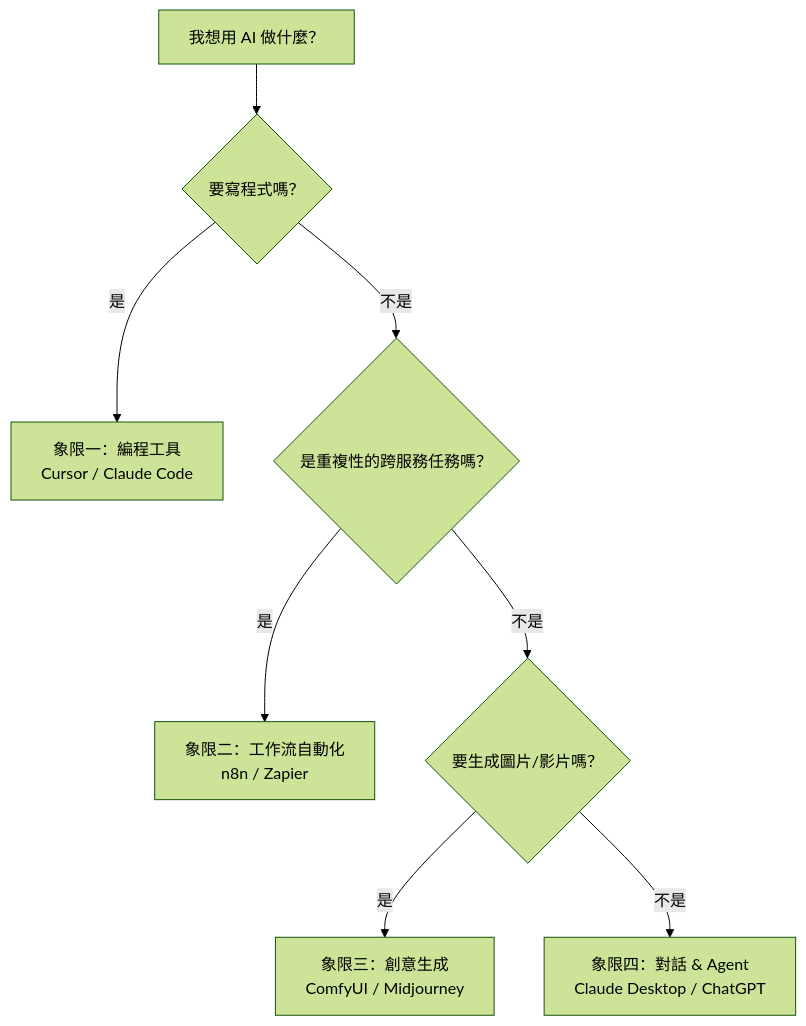
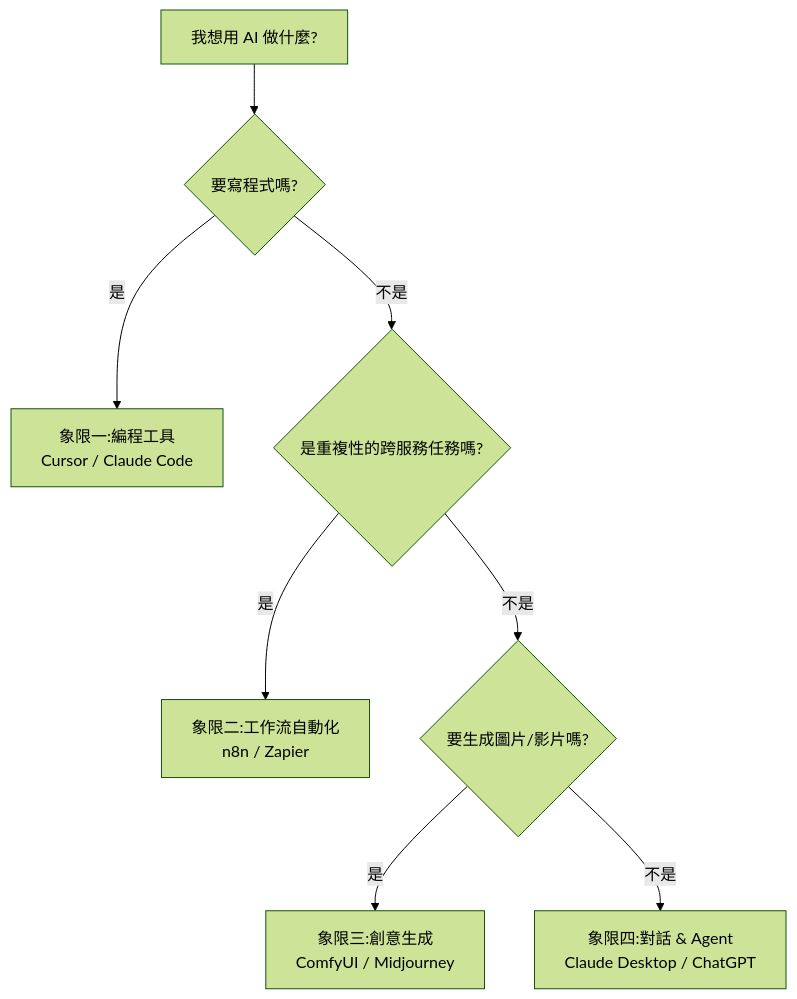
Before and after one commit to deadline314/Lesson3-AI-Tools: the fourth of 47 diagrams in Guide.md, drawn with Mermaid (forest theme). The commit also changed other lines of this file and 25 other files, not shown here.

````diff
--- a/Guide.md
+++ b/Guide.md
@@ -130,10 +295,10 @@
 ```mermaid
 flowchart TD
-    Start["我想用 AI 做什麼？"] --> Q1{"要寫程式嗎？"}
-    Q1 -->|是| IDE["象限一：編程工具<br/>Cursor / Claude Code"]
-    Q1 -->|不是| Q2{"是重複性的跨服務任務嗎？"}
-    Q2 -->|是| Auto["象限二：工作流自動化<br/>n8n / Zapier"]
-    Q2 -->|不是| Q3{"要生成圖片/影片嗎？"}
-    Q3 -->|是| Creative["象限三：創意生成<br/>ComfyUI / Midjourney"]
-    Q3 -->|不是| Chat["象限四：對話 & Agent<br/>Claude Desktop / ChatGPT"]
+    Start["我想用 AI 做什麼?"] --> Q1{"要寫程式嗎?"}
+    Q1 -->|是| IDE["象限一:編程工具<br/>Cursor / Claude Code"]
+    Q1 -->|不是| Q2{"是重複性的跨服務任務嗎?"}
+    Q2 -->|是| Auto["象限二:工作流自動化<br/>n8n / Zapier"]
+    Q2 -->|不是| Q3{"要生成圖片/影片嗎?"}
+    Q3 -->|是| Creative["象限三:創意生成<br/>ComfyUI / Midjourney"]
+    Q3 -->|不是| Chat["象限四:對話 & Agent<br/>Claude Desktop / ChatGPT"]
 ```
````
